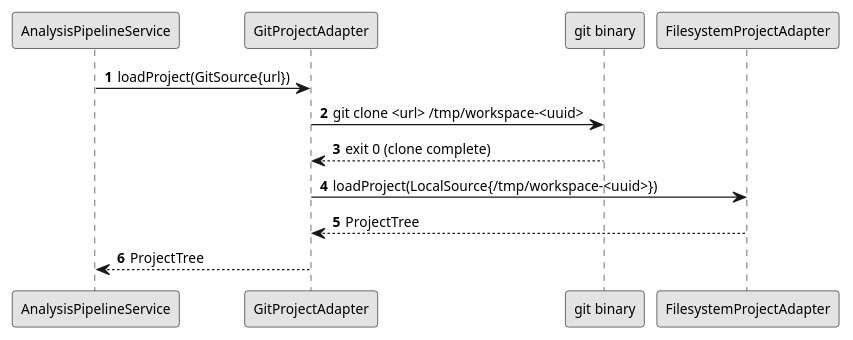
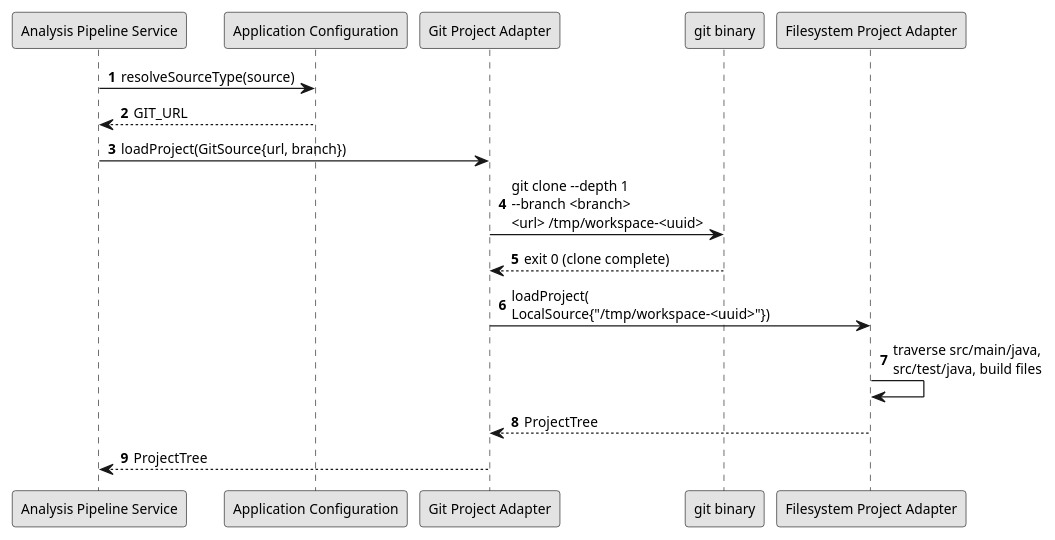
Before and after one commit to JohannesRabauer/java-project-analyser: the fifth of 6 diagrams in src/docs/arc42/chapters/06-runtime-view.adoc, drawn with PlantUML. The commit also changed other lines of this file and 20 other files, not shown here.

```diff
--- a/src/docs/arc42/chapters/06-runtime-view.adoc
+++ b/src/docs/arc42/chapters/06-runtime-view.adoc
@@ -141,20 +238,26 @@
-[plantuml, sc-04-git, svg]
+[plantuml, sc-05-git-clone, svg]
 ....
 @startuml
 skinparam monochrome true
 skinparam defaultFontSize 11
 autonumber
 
-participant "AnalysisPipelineService" as Pipeline
-participant "GitProjectAdapter" as GitAdapter
+participant "Analysis Pipeline Service" as Pipeline
+participant "Application Configuration" as Config
+participant "Git Project Adapter" as GitAdapter
 participant "git binary" as Git
-participant "FilesystemProjectAdapter" as FSAdapter
+participant "Filesystem Project Adapter" as FSAdapter
 
-Pipeline -> GitAdapter : loadProject(GitSource{url})
-GitAdapter -> Git : git clone <url> /tmp/workspace-<uuid>
+Pipeline -> Config : resolveSourceType(source)
+Config --> Pipeline : GIT_URL
+
+Pipeline -> GitAdapter : loadProject(GitSource{url, branch})
+GitAdapter -> Git : git clone --depth 1\n--branch <branch>\n<url> /tmp/workspace-<uuid>
 Git --> GitAdapter : exit 0 (clone complete)
-GitAdapter -> FSAdapter : loadProject(LocalSource{/tmp/workspace-<uuid>})
+
+GitAdapter -> FSAdapter : loadProject(\nLocalSource{"/tmp/workspace-<uuid>"})
+FSAdapter -> FSAdapter : traverse src/main/java,\nsrc/test/java, build files
 FSAdapter --> GitAdapter : ProjectTree
 GitAdapter --> Pipeline : ProjectTree
 @enduml
 ....
```
